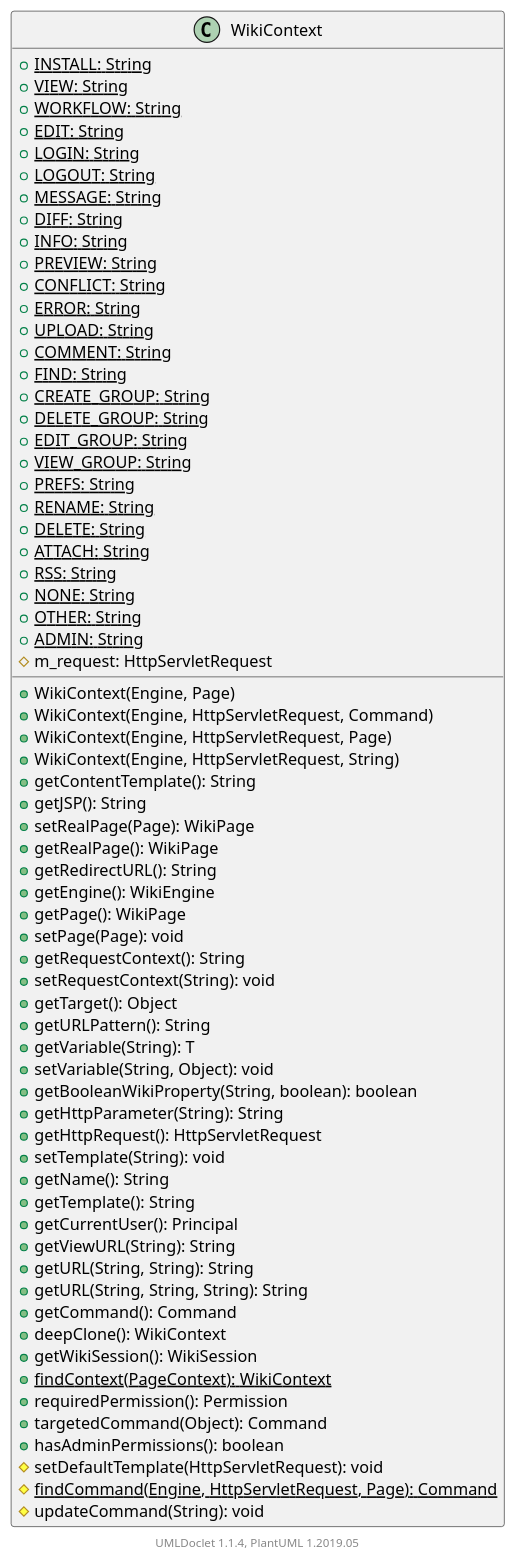
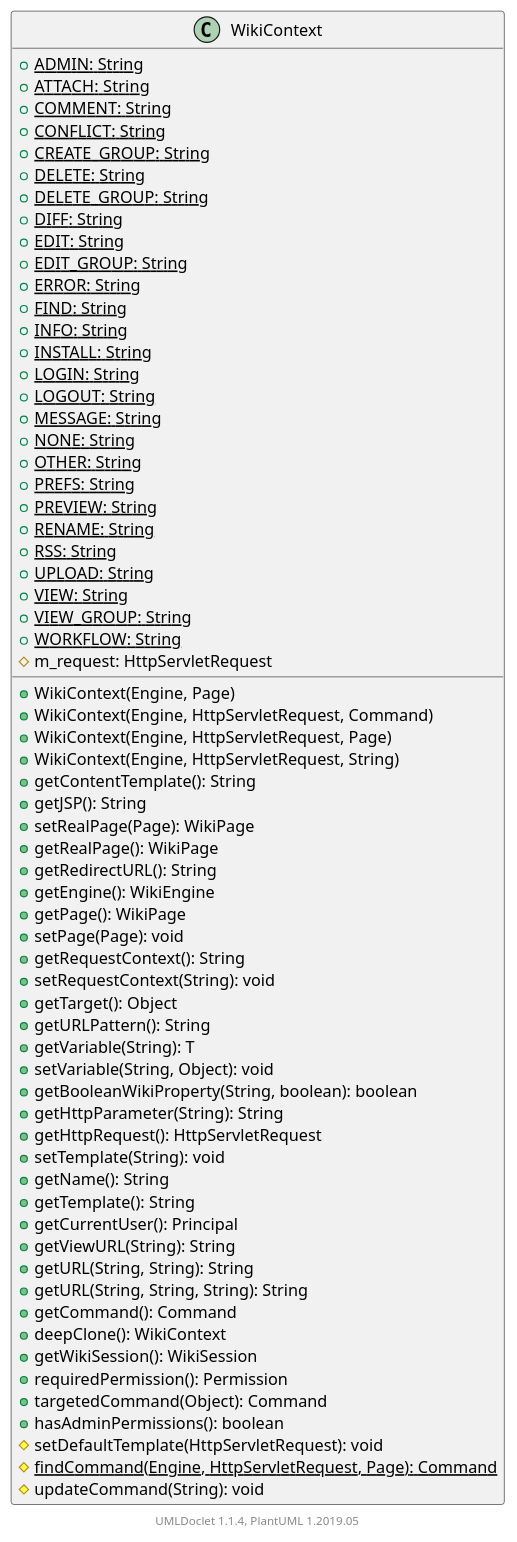
Before and after one commit to apache/jspwiki-site: the diagram in apidocs/2.11.0.M7-SNAPSHOT/org/apache/wiki/WikiContext.puml, drawn with PlantUML. The commit also changed 1432 other files, not shown here.

```diff
--- a/apidocs/2.11.0.M7-SNAPSHOT/org/apache/wiki/WikiContext.puml
+++ b/apidocs/2.11.0.M7-SNAPSHOT/org/apache/wiki/WikiContext.puml
@@ -1,74 +1,73 @@
 @startuml
 
     class WikiContext [[WikiContext.html]] {
+        {static} +ADMIN: String
+        {static} +ATTACH: String
+        {static} +COMMENT: String
+        {static} +CONFLICT: String
+        {static} +CREATE_GROUP: String
+        {static} +DELETE: String
+        {static} +DELETE_GROUP: String
+        {static} +DIFF: String
+        {static} +EDIT: String
+        {static} +EDIT_GROUP: String
+        {static} +ERROR: String
+        {static} +FIND: String
+        {static} +INFO: String
         {static} +INSTALL: String
-        {static} +VIEW: String
-        {static} +WORKFLOW: String
-        {static} +EDIT: String
         {static} +LOGIN: String
         {static} +LOGOUT: String
         {static} +MESSAGE: String
-        {static} +DIFF: String
-        {static} +INFO: String
-        {static} +PREVIEW: String
-        {static} +CONFLICT: String
-        {static} +ERROR: String
-        {static} +UPLOAD: String
-        {static} +COMMENT: String
-        {static} +FIND: String
-        {static} +CREATE_GROUP: String
-        {static} +DELETE_GROUP: String
-        {static} +EDIT_GROUP: String
-        {static} +VIEW_GROUP: String
-        {static} +PREFS: String
-        {static} +RENAME: String
-        {static} +DELETE: String
-        {static} +ATTACH: String
-        {static} +RSS: String
         {static} +NONE: String
         {static} +OTHER: String
-        {static} +ADMIN: String
+        {static} +PREFS: String
+        {static} +PREVIEW: String
+        {static} +RENAME: String
+        {static} +RSS: String
+        {static} +UPLOAD: String
+        {static} +VIEW: String
+        {static} +VIEW_GROUP: String
+        {static} +WORKFLOW: String
         #m_request: HttpServletRequest
         +WikiContext(Engine, Page)
         +WikiContext(Engine, HttpServletRequest, Command)
         +WikiContext(Engine, HttpServletRequest, Page)
         +WikiContext(Engine, HttpServletRequest, String)
         +getContentTemplate(): String
         +getJSP(): String
         +setRealPage(Page): WikiPage
         +getRealPage(): WikiPage
         +getRedirectURL(): String
         +getEngine(): WikiEngine
         +getPage(): WikiPage
         +setPage(Page): void
         +getRequestContext(): String
         +setRequestContext(String): void
         +getTarget(): Object
         +getURLPattern(): String
         +getVariable(String): T
         +setVariable(String, Object): void
         +getBooleanWikiProperty(String, boolean): boolean
         +getHttpParameter(String): String
         +getHttpRequest(): HttpServletRequest
         +setTemplate(String): void
         +getName(): String
         +getTemplate(): String
         +getCurrentUser(): Principal
         +getViewURL(String): String
         +getURL(String, String): String
         +getURL(String, String, String): String
         +getCommand(): Command
         +deepClone(): WikiContext
         +getWikiSession(): WikiSession
-        {static} +findContext(PageContext): WikiContext
         +requiredPermission(): Permission
         +targetedCommand(Object): Command
         +hasAdminPermissions(): boolean
         #setDefaultTemplate(HttpServletRequest): void
         {static} #findCommand(Engine, HttpServletRequest, Page): Command
         #updateCommand(String): void
     }
 
 
     center footer UMLDoclet 1.1.4, PlantUML 1.2019.05
 @enduml
```
